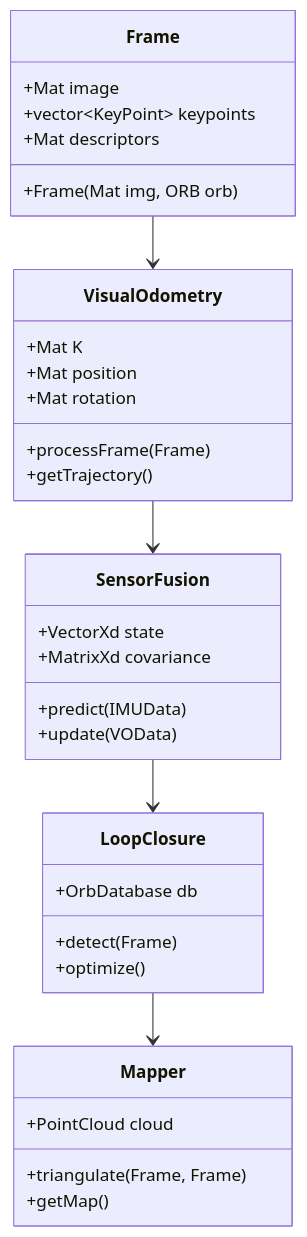
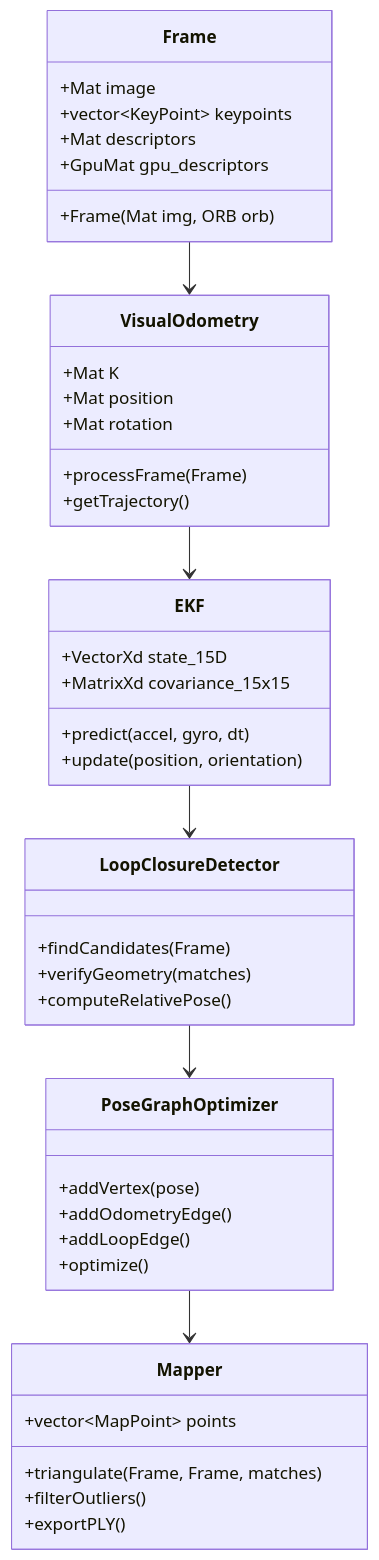
Before and after one commit to robertteleng/aria-slam: the fourth of 10 diagrams in README.md, drawn with Mermaid. The commit also changed other lines of this file and 5 other files, not shown here.

````diff
--- a/README.md
+++ b/README.md
@@ -194,41 +221,51 @@
 ```mermaid
 classDiagram
     class Frame {
         +Mat image
         +vector~KeyPoint~ keypoints
         +Mat descriptors
+        +GpuMat gpu_descriptors
         +Frame(Mat img, ORB orb)
     }
 
     class VisualOdometry {
         +Mat K
         +Mat position
         +Mat rotation
         +processFrame(Frame)
         +getTrajectory()
     }
 
-    class SensorFusion {
-        +VectorXd state
-        +MatrixXd covariance
-        +predict(IMUData)
-        +update(VOData)
+    class EKF {
+        +VectorXd state_15D
+        +MatrixXd covariance_15x15
+        +predict(accel, gyro, dt)
+        +update(position, orientation)
     }
 
-    class LoopClosure {
-        +OrbDatabase db
-        +detect(Frame)
+    class LoopClosureDetector {
+        +findCandidates(Frame)
+        +verifyGeometry(matches)
+        +computeRelativePose()
+    }
+
+    class PoseGraphOptimizer {
+        +addVertex(pose)
+        +addOdometryEdge()
+        +addLoopEdge()
         +optimize()
     }
 
     class Mapper {
-        +PointCloud cloud
-        +triangulate(Frame, Frame)
-        +getMap()
+        +vector~MapPoint~ points
+        +triangulate(Frame, Frame, matches)
+        +filterOutliers()
+        +exportPLY()
     }
 
     Frame --> VisualOdometry
-    VisualOdometry --> SensorFusion
-    SensorFusion --> LoopClosure
-    LoopClosure --> Mapper
+    VisualOdometry --> EKF
+    EKF --> LoopClosureDetector
+    LoopClosureDetector --> PoseGraphOptimizer
+    PoseGraphOptimizer --> Mapper
 ```
````
